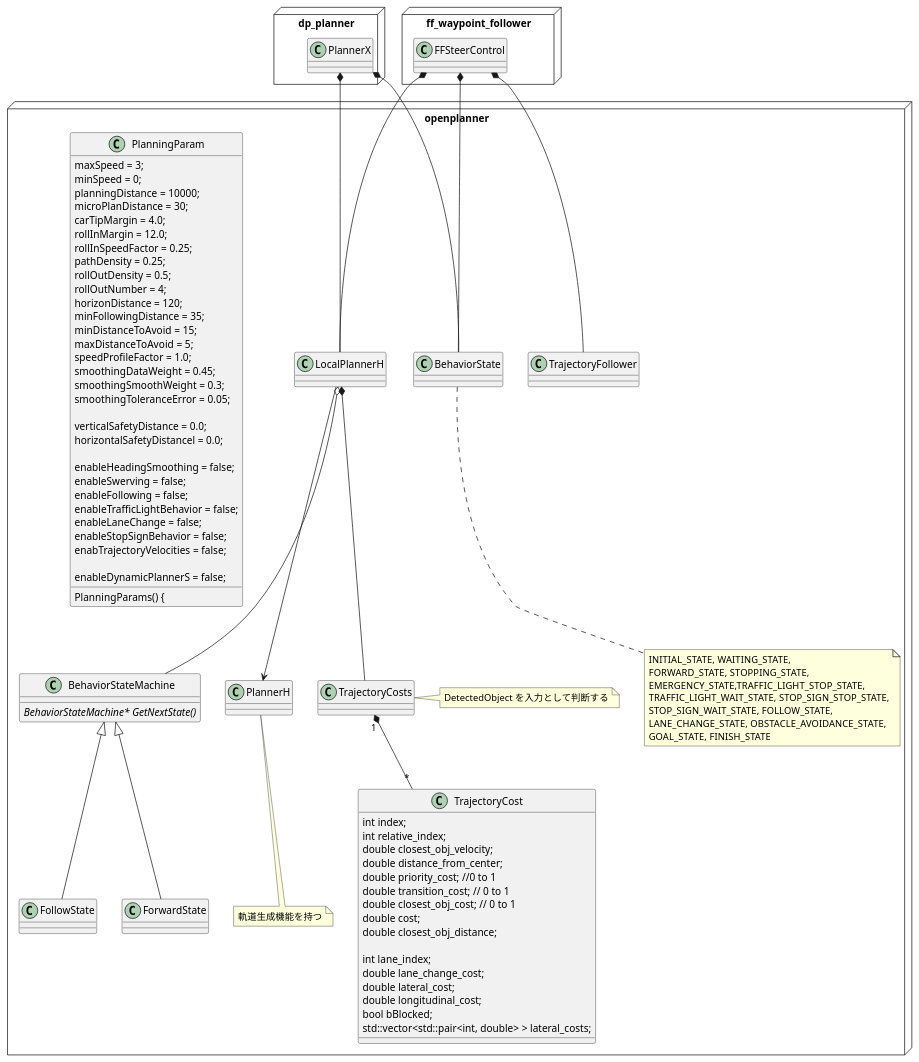
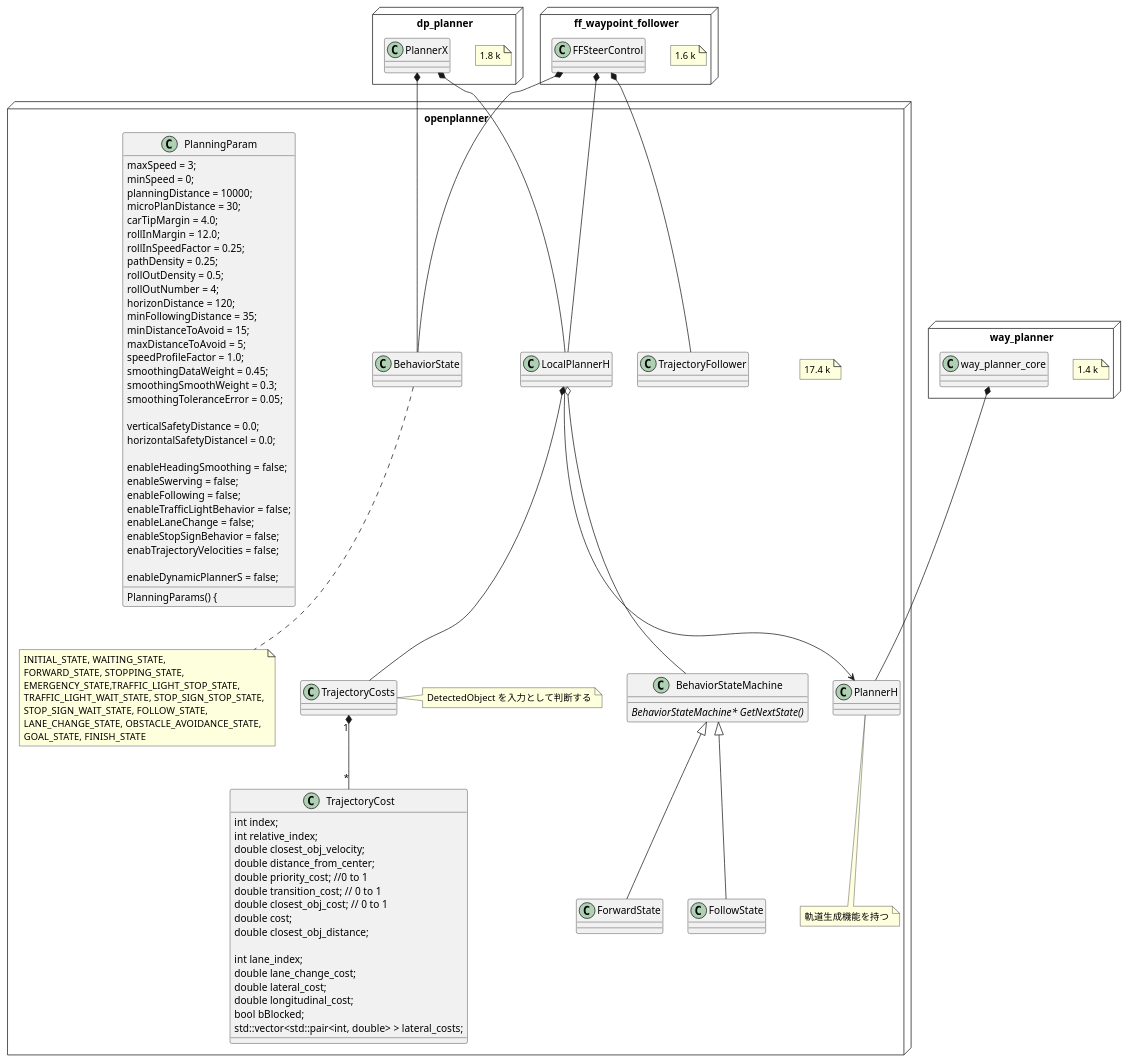
One commit to y-tangent/samples changed the diagram in doc/software/_image/autoware_openplanner.pu. Above: the diagram before and after it, drawn with PlantUML. The commit also changed 2 other files, not shown here.

```diff
--- a/doc/software/_image/autoware_openplanner.pu
+++ b/doc/software/_image/autoware_openplanner.pu
@@ -1,96 +1,111 @@
 @startuml
 
 ' openplanner
 package openplanner <<Node>> {
+  note "17.4 k" as openplanner
+
   class PlannerH
   note bottom : 軌道生成機能を持つ
   class LocalPlannerH
   class BehaviorStateMachine {
     {abstract} BehaviorStateMachine* GetNextState()
   }
   class ForwardState
   class FollowState
   class BehaviorState
   note bottom: INITIAL_STATE, WAITING_STATE,\nFORWARD_STATE, STOPPING_STATE,\nEMERGENCY_STATE,TRAFFIC_LIGHT_STOP_STATE,\nTRAFFIC_LIGHT_WAIT_STATE, STOP_SIGN_STOP_STATE,\nSTOP_SIGN_WAIT_STATE, FOLLOW_STATE,\nLANE_CHANGE_STATE, OBSTACLE_AVOIDANCE_STATE,\nGOAL_STATE, FINISH_STATE
   class TrajectoryCosts
   note right : DetectedObject を入力として判断する
   class TrajectoryCost {
     int index;
     int relative_index;
     double closest_obj_velocity;
     double distance_from_center;
     double priority_cost; //0 to 1
     double transition_cost; // 0 to 1
     double closest_obj_cost; // 0 to 1
     double cost;
     double closest_obj_distance;
 
     int lane_index;
     double lane_change_cost;
     double lateral_cost;
     double longitudinal_cost;
     bool bBlocked;
     std::vector<std::pair<int, double> > lateral_costs;
   }
   class TrajectoryFollower
   class PlanningParam {
   PlanningParams() {
 		maxSpeed = 3;
 		minSpeed = 0;
 		planningDistance = 10000;
 		microPlanDistance = 30;
 		carTipMargin = 4.0;
 		rollInMargin = 12.0;
 		rollInSpeedFactor = 0.25;
 		pathDensity = 0.25;
 		rollOutDensity = 0.5;
 		rollOutNumber = 4;
 		horizonDistance = 120;
 		minFollowingDistance = 35;
 		minDistanceToAvoid = 15;
 		maxDistanceToAvoid = 5;
 		speedProfileFactor = 1.0;
 		smoothingDataWeight = 0.45;
 		smoothingSmoothWeight = 0.3;
 		smoothingToleranceError = 0.05;
 
 		verticalSafetyDistance = 0.0;
 		horizontalSafetyDistancel = 0.0;
 
 		enableHeadingSmoothing = false;
 		enableSwerving = false;
 		enableFollowing = false;
 		enableTrafficLightBehavior = false;
 		enableLaneChange = false;
 		enableStopSignBehavior = false;
 		enabTrajectoryVelocities = false;
 
 		enableDynamicPlannerS = false;
 	}
 }
 
 LocalPlannerH o-- BehaviorStateMachine
 LocalPlannerH *-- TrajectoryCosts
 LocalPlannerH --> PlannerH
 BehaviorStateMachine <|-- ForwardState
 BehaviorStateMachine <|-- FollowState
 TrajectoryCosts "1" *-- "*" TrajectoryCost
 
 ' dp_planner
 package dp_planner <<Node>> {
+  note "1.8 k" as dp_planner
+
 class PlannerX
 }
 
 PlannerX *-- LocalPlannerH
 PlannerX *-- BehaviorState
 
 ' ff_waypoint_follower
 package ff_waypoint_follower <<Node>> {
+  note "1.6 k" as ff_waypoint_follower
+
   class FFSteerControl
 }
 
 FFSteerControl *-- LocalPlannerH
 FFSteerControl *-- TrajectoryFollower
 FFSteerControl *-- BehaviorState
 
+' way_planner
+package way_planner <<Node>> {
+  note "1.4 k" as way_planner
+
+  class way_planner_core
+}
+
+way_planner_core *-- PlannerH
+
 @enduml
```
